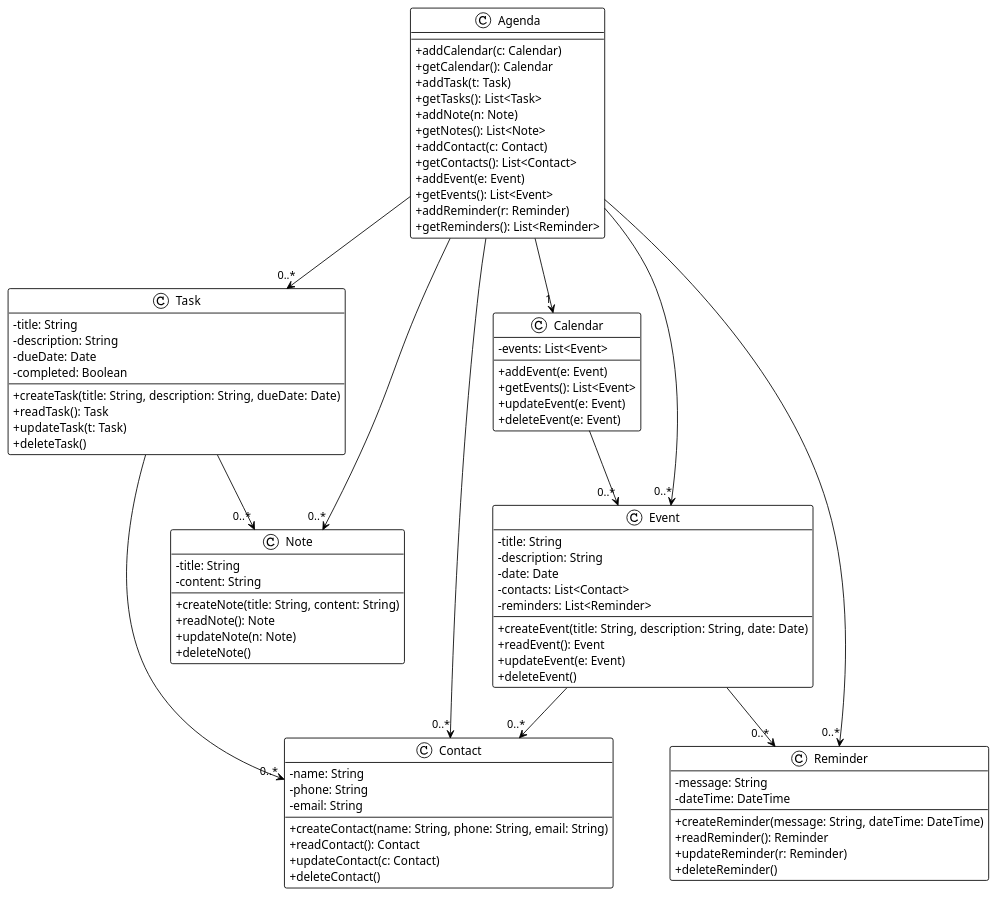
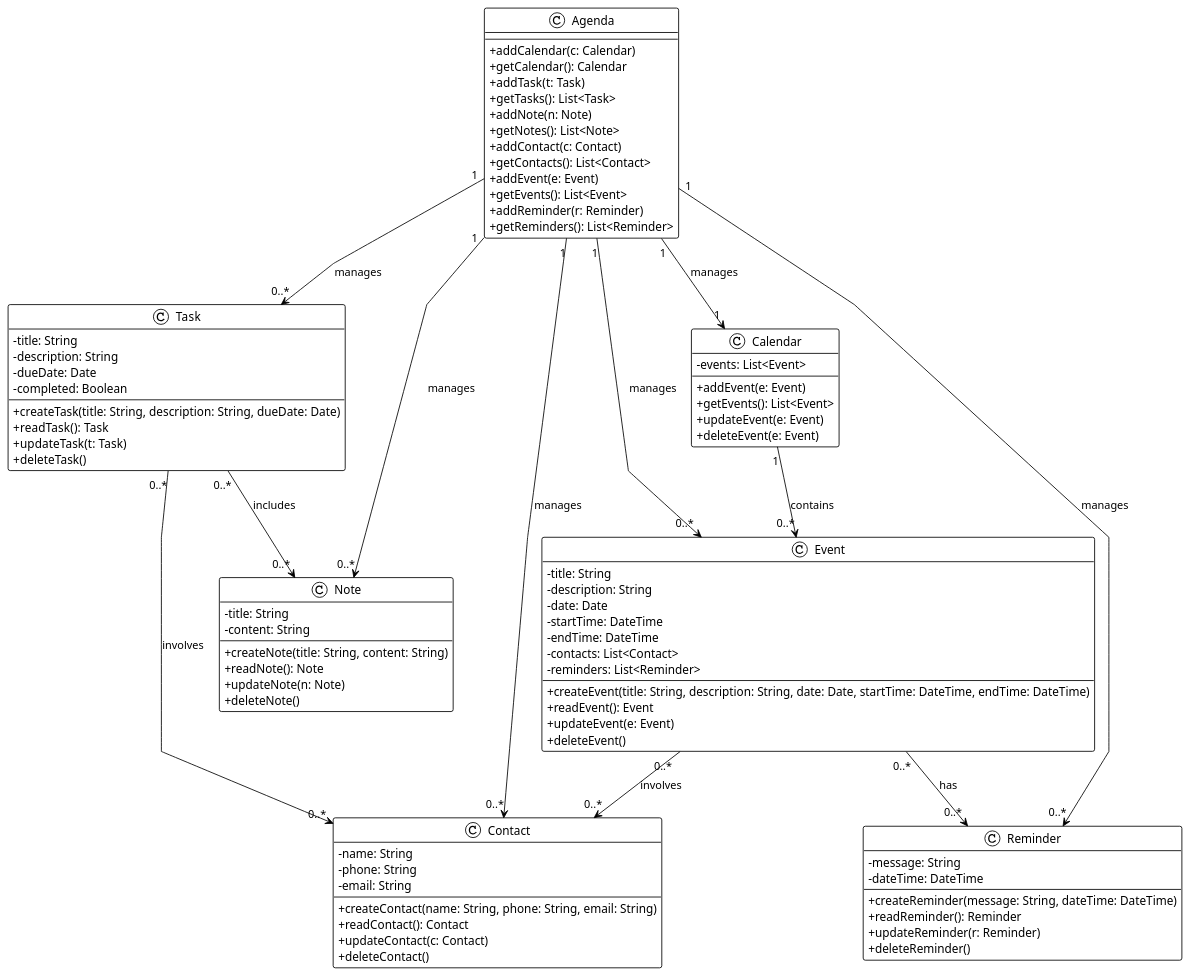
The diagram in diagrams/class.puml (Galindo-lab/DjangoMRS), drawn with PlantUML before and after one commit. The commit also changed 2 other files, not shown here.

```diff
--- a/diagrams/class.puml
+++ b/diagrams/class.puml
@@ -1,101 +1,112 @@
 @startuml
 !theme plain
 skinparam classAttributeIconSize 0
-
+skinparam linetype polyline
+' skinparam ArrowThickness 3
+' skinparam defaultFontName bold
+' left to right direction
 
 ' Descripción de las clases
 ' Agenda: La clase principal que actúa como un contenedor para todas las demás secciones de la agenda. Incluye métodos para agregar y obtener calendarios, tareas, notas, contactos, eventos y recordatorios. Representa la estructura general de la agenda.
 ' Calendar: Esta clase representa el calendario de la agenda. Contiene una lista de eventos y proporciona métodos para agregar, obtener, actualizar y eliminar eventos.
 ' Task: La clase Task maneja las tareas que se pueden añadir a la agenda. Cada tarea tiene un título, descripción, fecha límite y un estado de completado. Incluye métodos para crear, leer, actualizar y borrar tareas.
 ' Note: La clase Note representa las notas que se pueden añadir a la agenda. Cada nota tiene un título y contenido. Proporciona métodos para crear, leer, actualizar y borrar notas.
 ' Contact: La clase Contact maneja los contactos de la agenda. Cada contacto tiene un nombre, teléfono y correo electrónico. Incluye métodos para crear, leer, actualizar y borrar contactos.
-' Event: La clase Event representa los eventos del calendario. Cada evento tiene un título, descripción, fecha, una lista de contactos y una lista de recordatorios asociados. Proporciona métodos para crear, leer, actualizar y borrar eventos.
+' Event: La clase Event representa los eventos del calendario. Cada evento tiene un título, descripción, fecha, hora de inicio, hora de finalización, una lista de contactos y una lista de recordatorios asociados. Proporciona métodos para crear, leer, actualizar y borrar eventos.
 ' Reminder: La clase Reminder maneja los recordatorios asociados con eventos. Cada recordatorio tiene un mensaje y una fecha y hora. Incluye métodos para crear, leer, actualizar y borrar recordatorios.
 
 class Agenda {
   +addCalendar(c: Calendar)
   +getCalendar(): Calendar
   +addTask(t: Task)
   +getTasks(): List<Task>
   +addNote(n: Note)
   +getNotes(): List<Note>
   +addContact(c: Contact)
   +getContacts(): List<Contact>
   +addEvent(e: Event)
   +getEvents(): List<Event>
   +addReminder(r: Reminder)
   +getReminders(): List<Reminder>
 }
 
 class Calendar {
   -events: List<Event>
   +addEvent(e: Event)
   +getEvents(): List<Event>
   +updateEvent(e: Event)
   +deleteEvent(e: Event)
 }
 
 class Task {
   -title: String
   -description: String
   -dueDate: Date
   -completed: Boolean
   +createTask(title: String, description: String, dueDate: Date)
   +readTask(): Task
   +updateTask(t: Task)
   +deleteTask()
 }
 
 class Note {
   -title: String
   -content: String
   +createNote(title: String, content: String)
   +readNote(): Note
   +updateNote(n: Note)
   +deleteNote()
 }
 
 class Contact {
   -name: String
   -phone: String
   -email: String
   +createContact(name: String, phone: String, email: String)
   +readContact(): Contact
   +updateContact(c: Contact)
   +deleteContact()
 }
 
 class Event {
   -title: String
   -description: String
   -date: Date
+  -startTime: DateTime
+  -endTime: DateTime
   -contacts: List<Contact>
   -reminders: List<Reminder>
-  +createEvent(title: String, description: String, date: Date)
+  +createEvent(title: String, description: String, date: Date, startTime: DateTime, endTime: DateTime)
   +readEvent(): Event
   +updateEvent(e: Event)
   +deleteEvent()
 }
 
 class Reminder {
   -message: String
   -dateTime: DateTime
   +createReminder(message: String, dateTime: DateTime)
   +readReminder(): Reminder
   +updateReminder(r: Reminder)
   +deleteReminder()
 }
 
-Agenda --> "1" Calendar
-Agenda --> "0..*" Task
-Agenda --> "0..*" Note
-Agenda --> "0..*" Contact
-Agenda --> "0..*" Event
-Agenda --> "0..*" Reminder
+together {
+  Calendar "1" --> "0..*" Event : contains
+  Event "0..*" --> "0..*" Reminder : has
+}
 
-Calendar --> "0..*" Event
-Event --> "0..*" Reminder
-Task --> "0..*" Note
-Event --> "0..*" Contact
-Task --> "0..*" Contact
+together {
+  Task "0..*" --> "0..*" Note : includes
+  Event "0..*" --> "0..*" Contact : involves
+  Task "0..*" --> "0..*" Contact : involves
+}
+
+Agenda "1" --> "1" Calendar : manages
+Agenda "1" --> "0..*" Task : manages
+Agenda "1" --> "0..*" Note : manages
+Agenda "1" --> "0..*" Contact : manages
+Agenda "1" --> "0..*" Event : manages
+Agenda "1" --> "0..*" Reminder : manages
+
 @enduml
```
